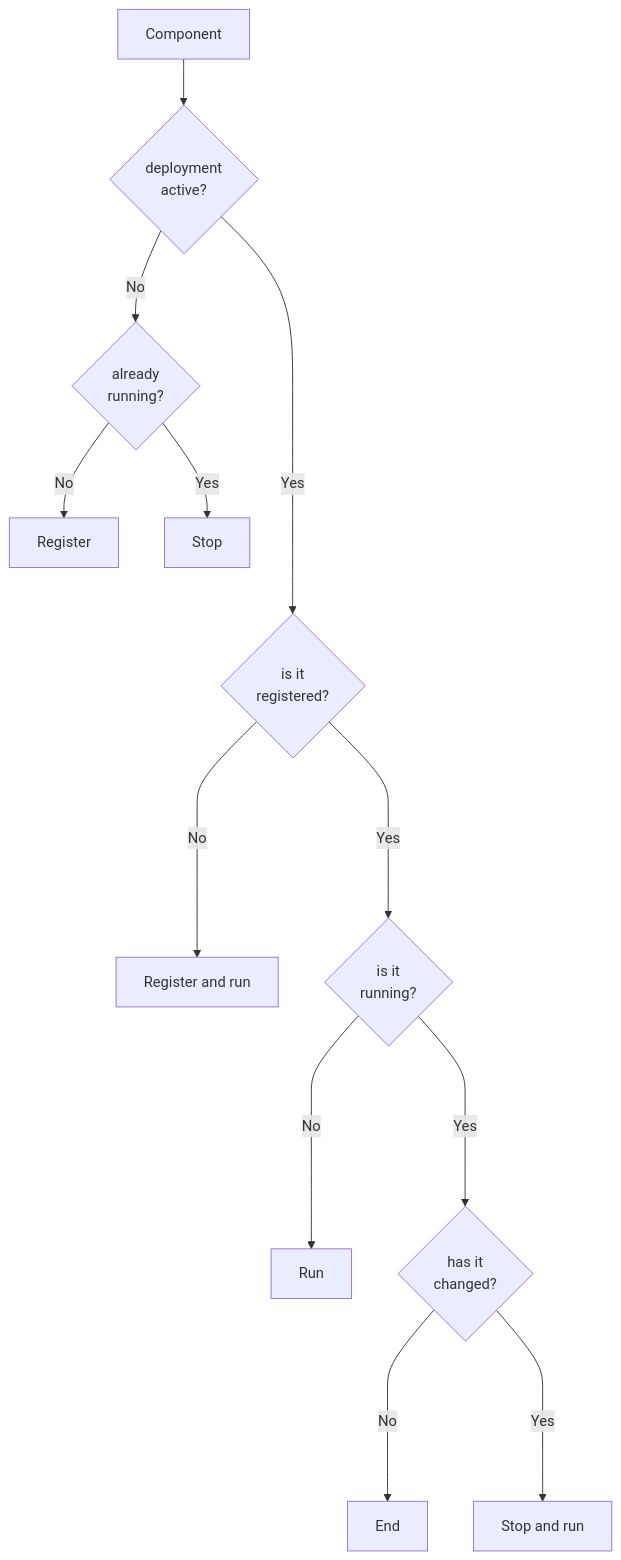
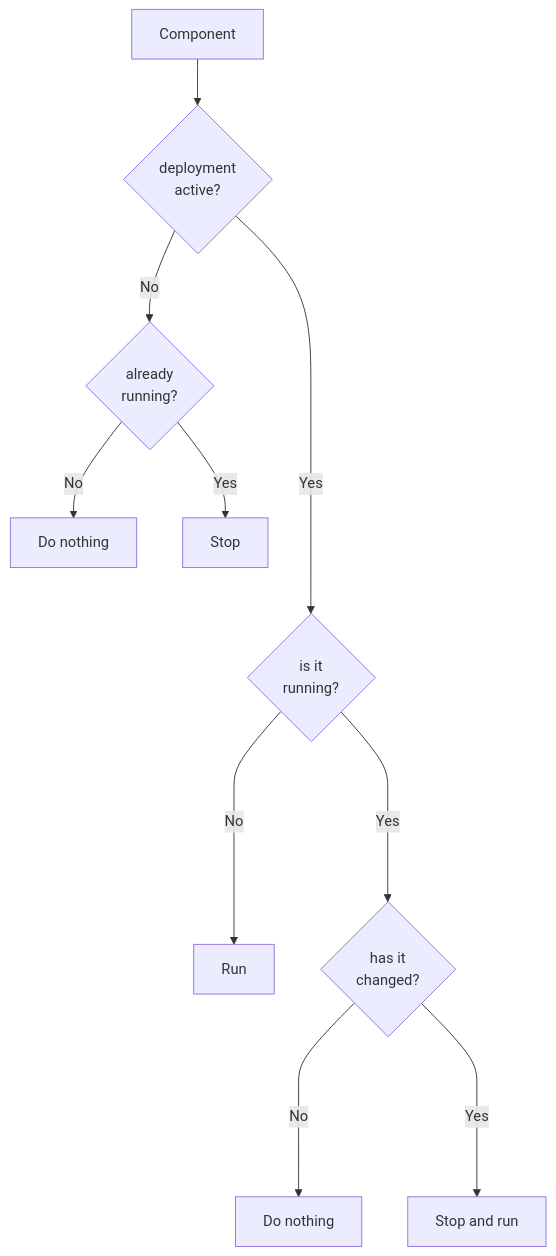
Before and after one commit to splightplatform/splight-agent: the diagram in docs/flowchart.md, drawn with Mermaid. The commit also changed 7 other files, not shown here.

````diff
--- a/docs/flowchart.md
+++ b/docs/flowchart.md
@@ -1,15 +1,12 @@
 ```mermaid
 flowchart TD
-    A[Component] --> B{deployment\nactive?}
-    B -- No --> C{already\nrunning?}
-    C -- No --> D[Register]
-    C -- Yes --> E[Stop]
-    B -- Yes ----> F{is it\nregistered?}
-    F -- No ----> G[Register and run]
-    F -- Yes ----> H{is it\nrunning?}
-    H -- No ----> I[Run]
-    H -- Yes ----> J{has it\nchanged?}
-    J -- No ----> K[End]
-    J -- Yes ----> L[Stop and run]
-    
+    A1[Component] --> B1{deployment\nactive?}
+    B1 -- No --> C1{already\nrunning?}
+    C1 -- No --> D1[Do nothing]
+    C1 -- Yes --> E1[Stop]
+    B1 -- Yes ----> H1{is it\nrunning?}
+    H1 -- No ----> I1[Run]
+    H1 -- Yes ----> J1{has it\nchanged?}
+    J1 -- No ----> K1[Do nothing]
+    J1 -- Yes ----> L1[Stop and run]
 ```
````
